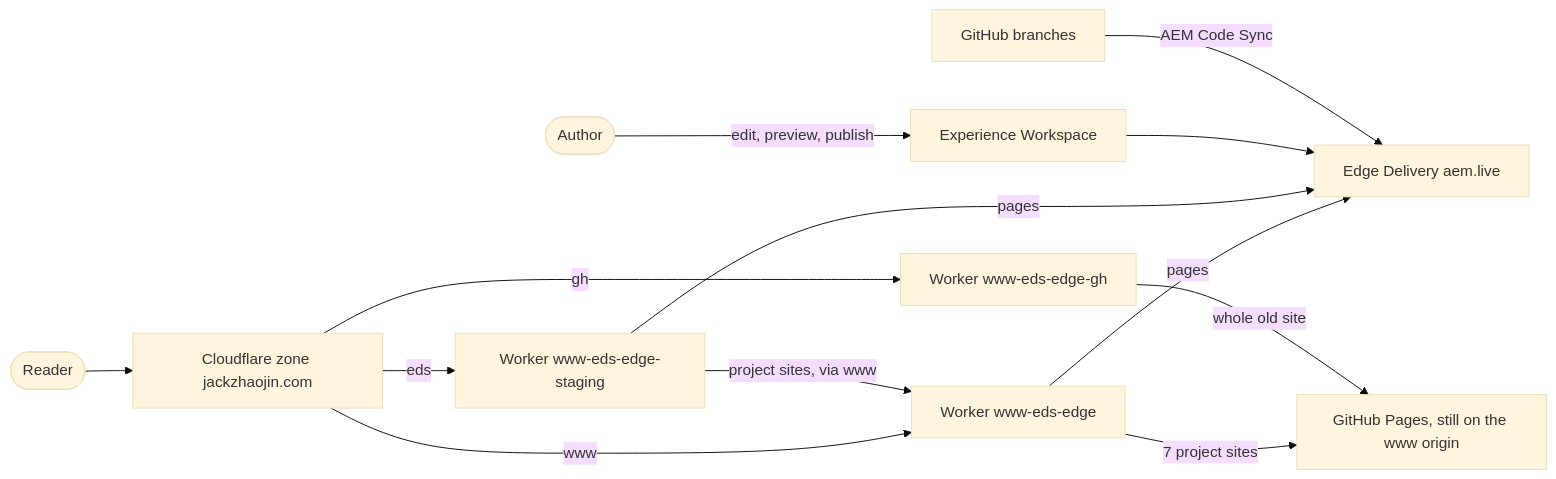
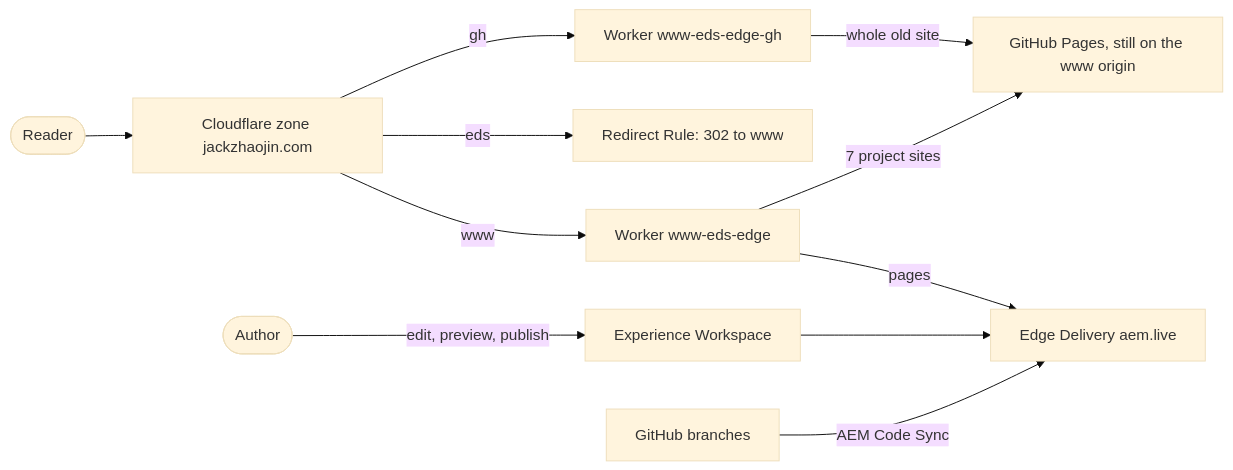
The diagram in README.md (jackzhaojin/www-eds), drawn with Mermaid (base theme) before and after one commit. The commit also changed other lines of this file and 4 other files, not shown here.

First line of the commit message:
docs(edge): eds 302s to www, so staging is checked in-process

````diff
--- a/README.md
+++ b/README.md
@@ -17,15 +17,13 @@
 ```mermaid
 flowchart LR
   reader([Reader]) --> zone[Cloudflare zone jackzhaojin.com]
   zone -->|www| wWww[Worker www-eds-edge]
-  zone -->|eds| wEds[Worker www-eds-edge-staging]
+  zone -->|eds| redirect[Redirect Rule: 302 to www]
   zone -->|gh| wGh[Worker www-eds-edge-gh]
   wWww -->|pages| eds[Edge Delivery aem.live]
   wWww -->|7 project sites| pages[GitHub Pages, still on the www origin]
-  wEds -->|pages| eds
-  wEds -->|project sites, via www| wWww
   wGh -->|whole old site| pages
   author([Author]) -->|edit, preview, publish| da[Experience Workspace]
   da --> eds
   repo[GitHub branches] -->|AEM Code Sync| eds
 ```
````
